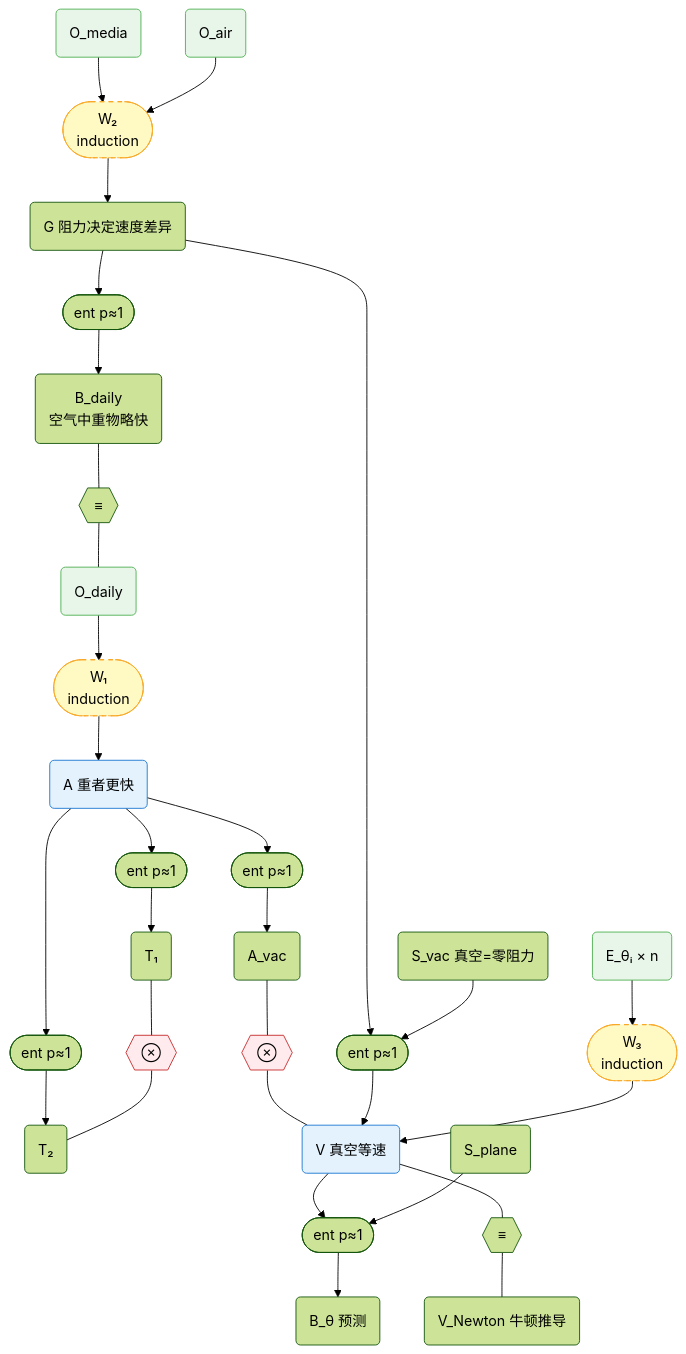
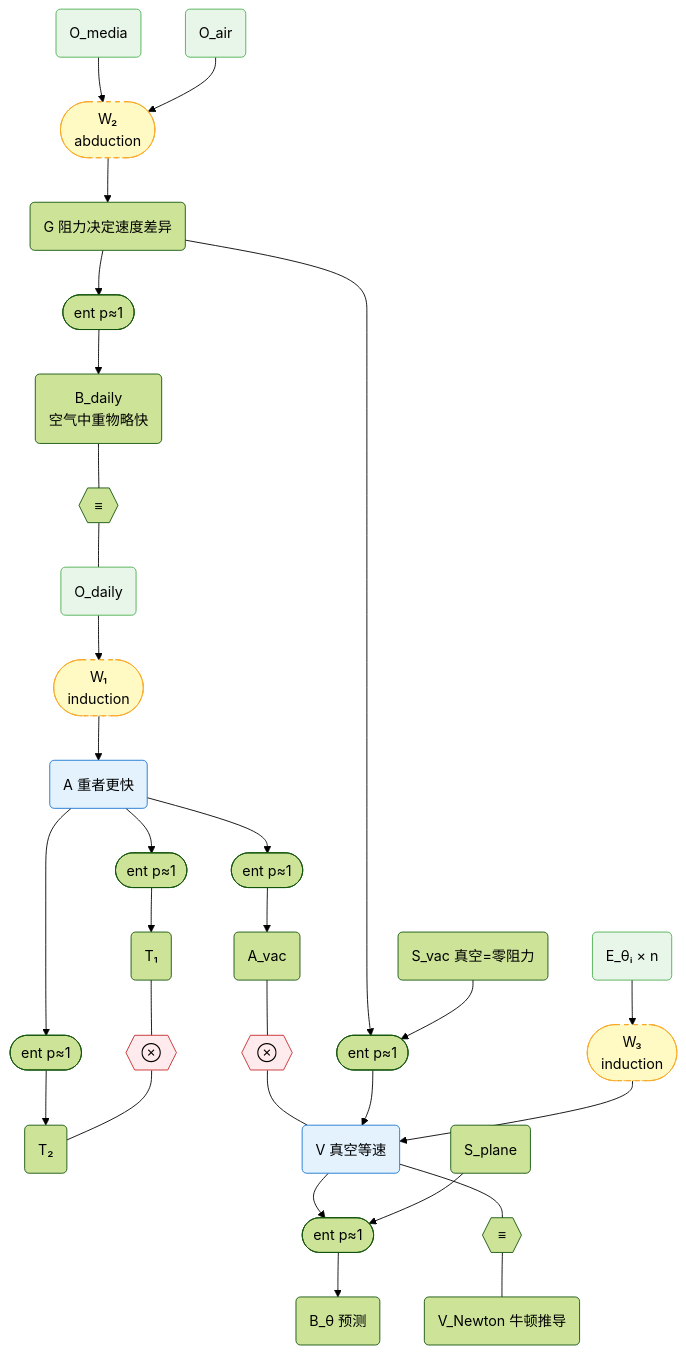
The ninth of 9 diagrams in docs/foundations/theory/science-formalization.md (SiliconEinstein/Gaia), drawn with Mermaid (forest theme) before and after one commit. The commit also changed other lines of this file, not shown here.

First line of the commit message:
docs: relabel W₂ as abduction, explain causal hypothesis vs pattern

````diff
--- a/docs/foundations/theory/science-formalization.md
+++ b/docs/foundations/theory/science-formalization.md
@@ -350,35 +352,35 @@
 ```mermaid
 graph TD
     %% ===== Logic path (refute A) =====
     Odaily("O_daily"):::obs --> w1(["W₁<br/>induction"]):::weak --> A("A 重者更快"):::concl
     A --> fA1(["ent p≈1"]) --> T1("T₁")
     A --> fA2(["ent p≈1"]) --> T2("T₂")
     T1 --- c1{{"⊗"}}:::contra --- T2
     A --> fAvac(["ent p≈1"]) --> Avac("A_vac")
     Avac --- c2{{"⊗"}}:::contra --- V
 
-    %% ===== Observation path (W₂ induction expanded) =====
-    Omedia("O_media"):::obs --> w2(["W₂<br/>induction"]):::weak --> G("G 阻力决定速度差异")
+    %% ===== Observation path (W₂ abduction expanded) =====
+    Omedia("O_media"):::obs --> w2(["W₂<br/>abduction"]):::weak --> G("G 阻力决定速度差异")
     Oair("O_air"):::obs --> w2
     G --> f1(["ent p≈1"])
     Svac("S_vac 真空=零阻力") --> f1
     f1 --> V("V 真空等速"):::concl
 
     %% ===== G explains O_daily (explaining away) =====
     G --> fGd(["ent p≈1"]) --> Bdaily("B_daily<br/>空气中重物略快")
     Bdaily --- eqd{{"≡"}} --- Odaily
 
     %% ===== Experiment path (W₃ induction expanded) =====
     V --> f2(["ent p≈1"])
     Sp("S_plane") --> f2
     f2 --> Btheta("B_θ 预测")
     Etheta("E_θᵢ × n"):::obs --> w3(["W₃<br/>induction"]):::weak --> V
 
     %% ===== Constraints =====
     V --- veq{{"≡"}} --- VN("V_Newton 牛顿推导")
 
     classDef obs fill:#e8f5e9,stroke:#4caf50
     classDef concl fill:#e3f2fd,stroke:#1976d2
     classDef contra fill:#ffebee,stroke:#c62828
     classDef weak fill:#fff9c4,stroke:#f9a825,stroke-dasharray: 5 5
 ```
````
